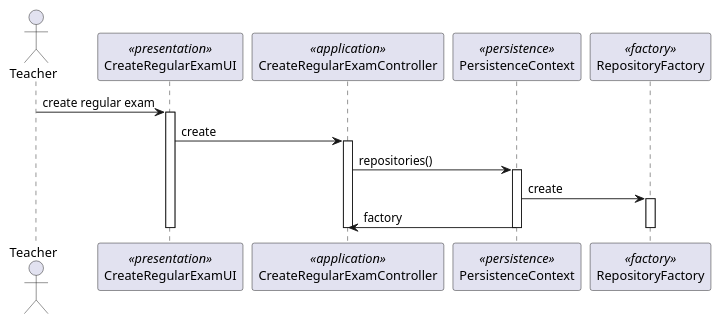
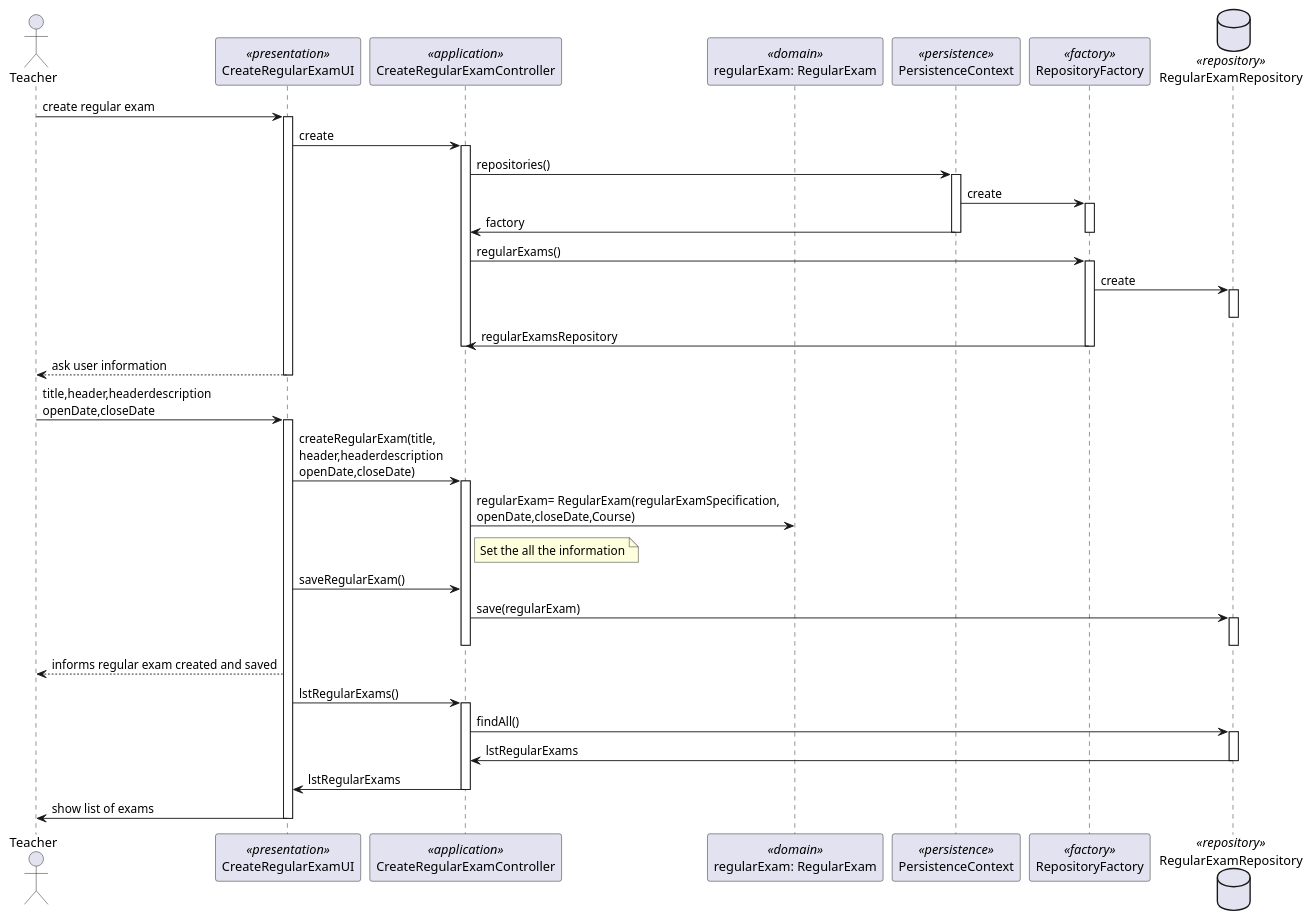
One commit to jovami/isep-lapr4 changed the diagram in docs/us_2001/SD.puml. Above: the diagram before and after it, drawn with PlantUML. The commit also changed 1 other file, not shown here.

Commit message:
docs(us_2001): updated sd creat regular exmas

```diff
--- a/docs/us_2001/SD.puml
+++ b/docs/us_2001/SD.puml
@@ -1,34 +1,70 @@
 @startuml
 'https://plantuml.com/sequence-diagram
 
 actor Teacher as Actor
 participant CreateRegularExamUI as UI <<presentation>>
 participant CreateRegularExamController as controller <<application>>
+participant "regularExam: RegularExam" as exam <<domain>>
 participant PersistenceContext as persistence <<persistence>>
 participant RepositoryFactory as factory <<factory>>
+database RegularExamRepository as repo <<repository>>
+
+
+
 
 Actor -> UI : create regular exam
 
 activate UI
 
     UI -> controller : create
     activate controller
         controller -> persistence : repositories()
         activate persistence
             persistence -> factory : create
             activate factory
             persistence -> controller : factory
             deactivate factory
         deactivate persistence
 
+        controller ->factory :regularExams()
+        activate factory
+            factory -> repo : create
+            activate repo
+            deactivate repo
+            factory -> controller : regularExamsRepository
 
-
+        deactivate factory
     deactivate controller
 
+UI -->  Actor : ask user information
+deactivate UI
 
+Actor -> UI : title,header,headerdescription\nopenDate,closeDate
+activate UI
+
+    UI -> controller : createRegularExam(title,\nheader,headerdescription\nopenDate,closeDate)
+    activate controller
+        controller -> exam : regularExam= RegularExam(regularExamSpecification,\nopenDate,closeDate,Course)
+        note right of controller: Set the all the information
+
+        UI -> controller : saveRegularExam()
+        controller -> repo : save(regularExam)
+        activate repo
+        deactivate repo
+    deactivate controller
+    UI --> Actor : informs regular exam created and saved
+
+    UI -> controller : lstRegularExams()
+    activate controller
+        controller -> repo : findAll()
+        activate repo
+        repo -> controller : lstRegularExams
+        deactivate repo
+        controller -> UI: lstRegularExams
+    deactivate controller
+    UI -> Actor: show list of exams
 
 deactivate UI
 
 
-
 @enduml
```
